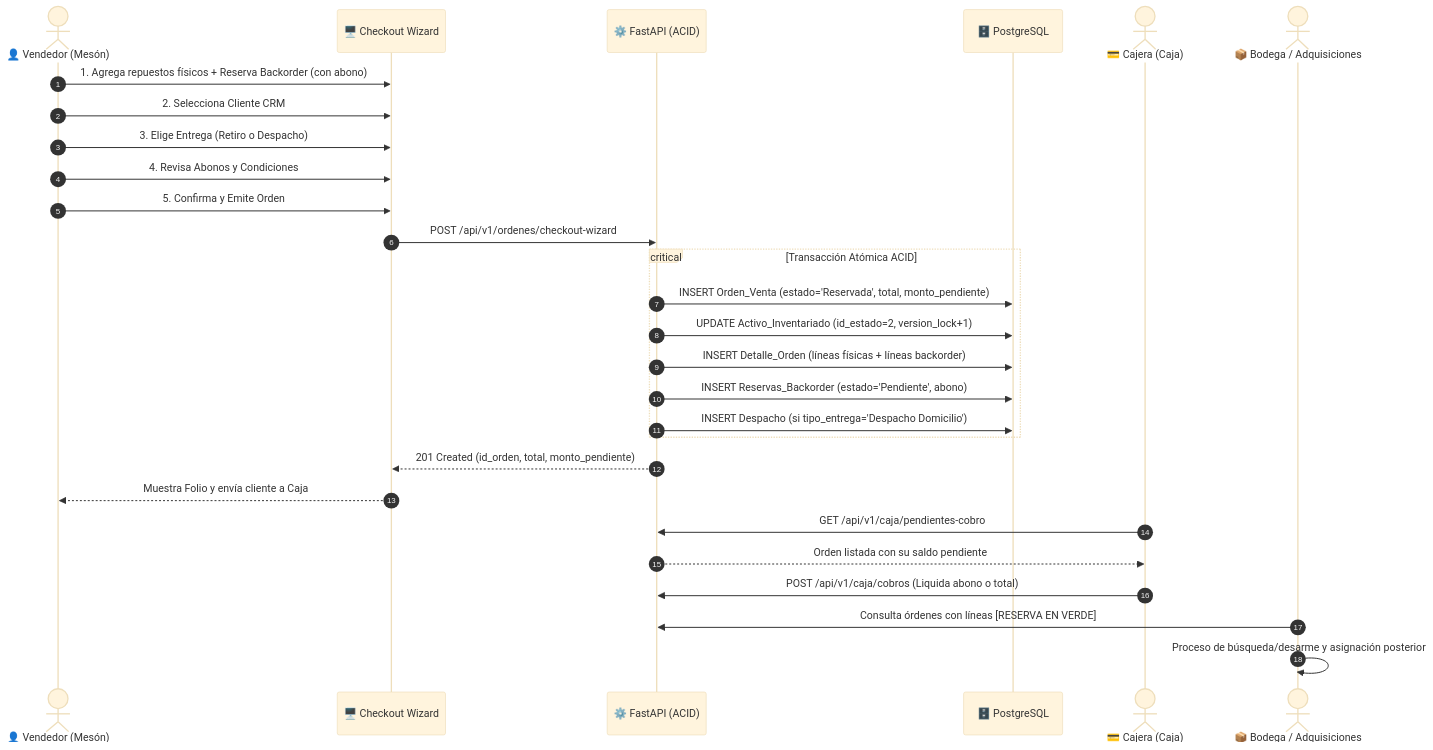
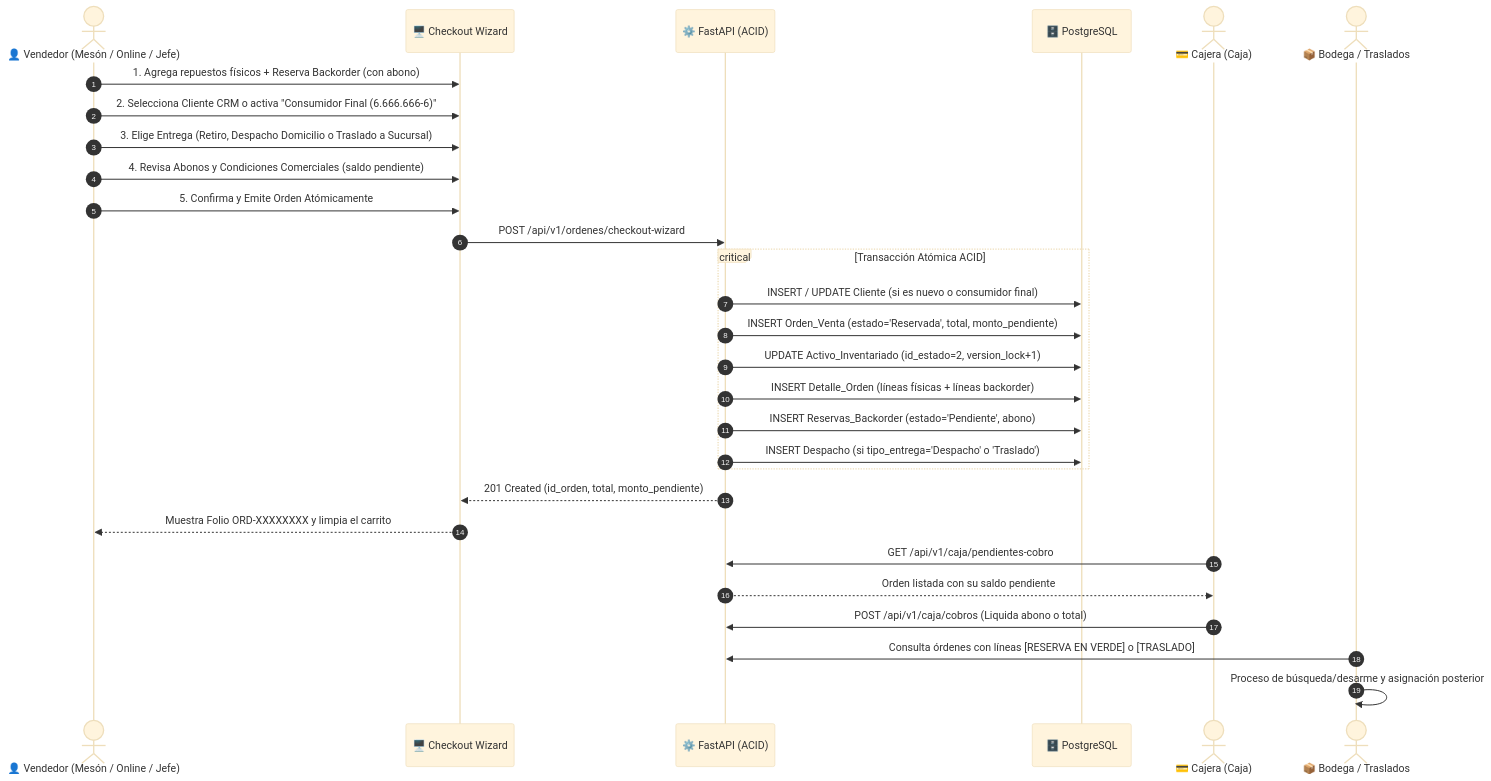
The diagram in ARQUITECTURA_BACKORDER_WIZARD.md (HyperShanks/Proyecto-Cresal-Colaborativo), drawn with Mermaid (base theme) before and after one commit. The commit also changed other lines of this file and 12 other files, not shown here.

Commit message:
feat(ventas): integrar Checkout Wizard con micro-CRM, consumidor final, traslados y backorders (HU-05)

````diff
--- a/ARQUITECTURA_BACKORDER_WIZARD.md
+++ b/ARQUITECTURA_BACKORDER_WIZARD.md
@@ -42,35 +45,36 @@
 ```mermaid
 sequenceDiagram
     autonumber
-    actor Vendedor as 👤 Vendedor (Mesón)
+    actor Vendedor as 👤 Vendedor (Mesón / Online / Jefe)
     participant Wizard as 🖥️ Checkout Wizard
     participant Backend as ⚙️ FastAPI (ACID)
     participant DB as 🗄️ PostgreSQL
     actor Caja as 💳 Cajera (Caja)
-    actor Bodega as 📦 Bodega / Adquisiciones
+    actor Bodega as 📦 Bodega / Traslados
 
     Vendedor->>Wizard: 1. Agrega repuestos físicos + Reserva Backorder (con abono)
-    Vendedor->>Wizard: 2. Selecciona Cliente CRM
-    Vendedor->>Wizard: 3. Elige Entrega (Retiro o Despacho)
-    Vendedor->>Wizard: 4. Revisa Abonos y Condiciones
-    Vendedor->>Wizard: 5. Confirma y Emite Orden
+    Vendedor->>Wizard: 2. Selecciona Cliente CRM o activa "Consumidor Final (6.666.666-6)"
+    Vendedor->>Wizard: 3. Elige Entrega (Retiro, Despacho Domicilio o Traslado a Sucursal)
+    Vendedor->>Wizard: 4. Revisa Abonos y Condiciones Comerciales (saldo pendiente)
+    Vendedor->>Wizard: 5. Confirma y Emite Orden Atómicamente
     Wizard->>Backend: POST /api/v1/ordenes/checkout-wizard
     
     critical Transacción Atómica ACID
+        Backend->>DB: INSERT / UPDATE Cliente (si es nuevo o consumidor final)
         Backend->>DB: INSERT Orden_Venta (estado='Reservada', total, monto_pendiente)
         Backend->>DB: UPDATE Activo_Inventariado (id_estado=2, version_lock+1)
         Backend->>DB: INSERT Detalle_Orden (líneas físicas + líneas backorder)
         Backend->>DB: INSERT Reservas_Backorder (estado='Pendiente', abono)
-        Backend->>DB: INSERT Despacho (si tipo_entrega='Despacho Domicilio')
+        Backend->>DB: INSERT Despacho (si tipo_entrega='Despacho' o 'Traslado')
     end
     
     Backend-->>Wizard: 201 Created (id_orden, total, monto_pendiente)
-    Wizard-->>Vendedor: Muestra Folio y envía cliente a Caja
+    Wizard-->>Vendedor: Muestra Folio ORD-XXXXXXXX y limpia el carrito
     
     Caja->>Backend: GET /api/v1/caja/pendientes-cobro
     Backend-->>Caja: Orden listada con su saldo pendiente
     Caja->>Backend: POST /api/v1/caja/cobros (Liquida abono o total)
     
-    Bodega->>Backend: Consulta órdenes con líneas [RESERVA EN VERDE]
+    Bodega->>Backend: Consulta órdenes con líneas [RESERVA EN VERDE] o [TRASLADO]
     Bodega->>Bodega: Proceso de búsqueda/desarme y asignación posterior
 ```
````
